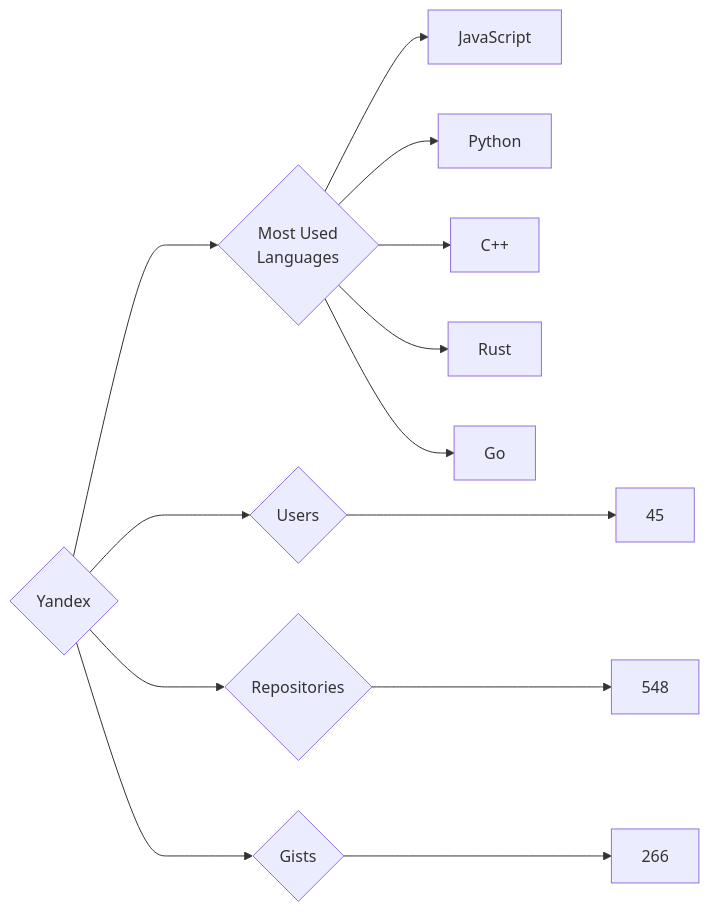
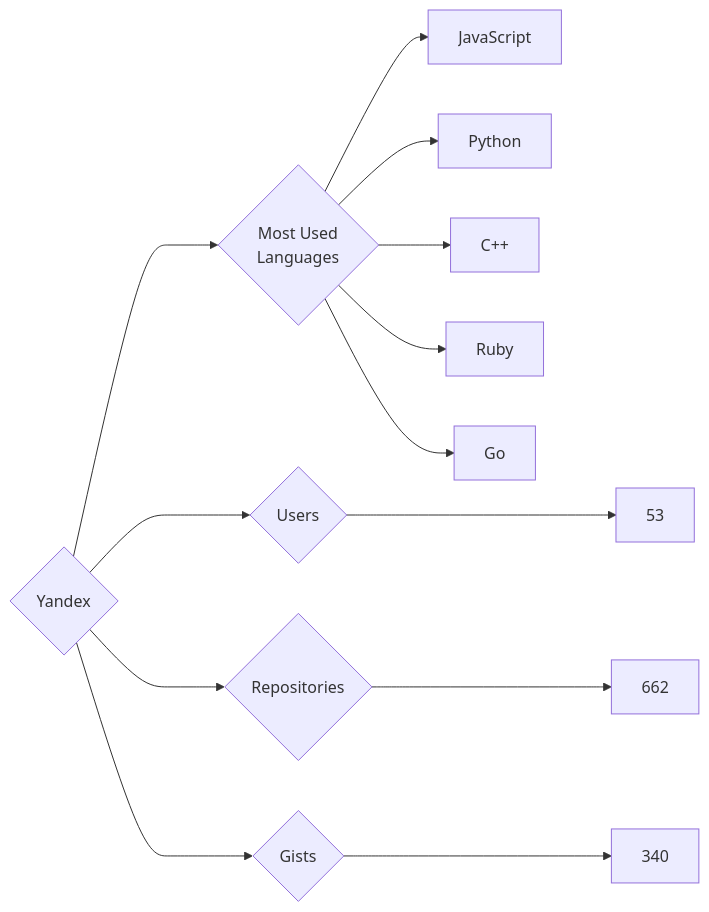
Before and after one commit to trickest/insiders: the diagram in targets/Yandex/README.md, drawn with Mermaid. The commit also changed 799 other files, not shown here.

````diff
--- a/targets/Yandex/README.md
+++ b/targets/Yandex/README.md
@@ -3,13 +3,13 @@
 ```mermaid
 graph LR
 COMPANY_NAME{Yandex}
-COMPANY_NAME ---> U{Users} ---> UN[45]
-COMPANY_NAME ---> R{Repositories} ---> RN[548]
-COMPANY_NAME ---> G{Gists} ---> GN[266]
+COMPANY_NAME ---> U{Users} ---> UN[53]
+COMPANY_NAME ---> R{Repositories} ---> RN[662]
+COMPANY_NAME ---> G{Gists} ---> GN[340]
 COMPANY_NAME ---> ML{Most Used<br>Languages}
 ML --> JavaScript[JavaScript]
 ML --> Python[Python]
 ML --> C++[C++]
-ML --> Rust[Rust]
+ML --> Ruby[Ruby]
 ML --> Go[Go]
 ```
````
